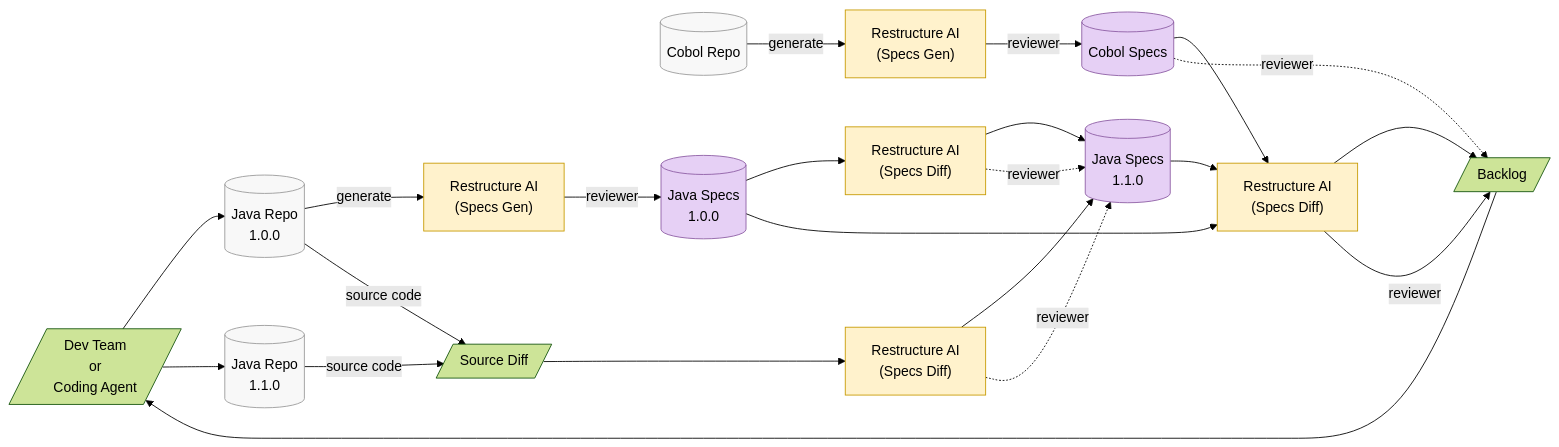
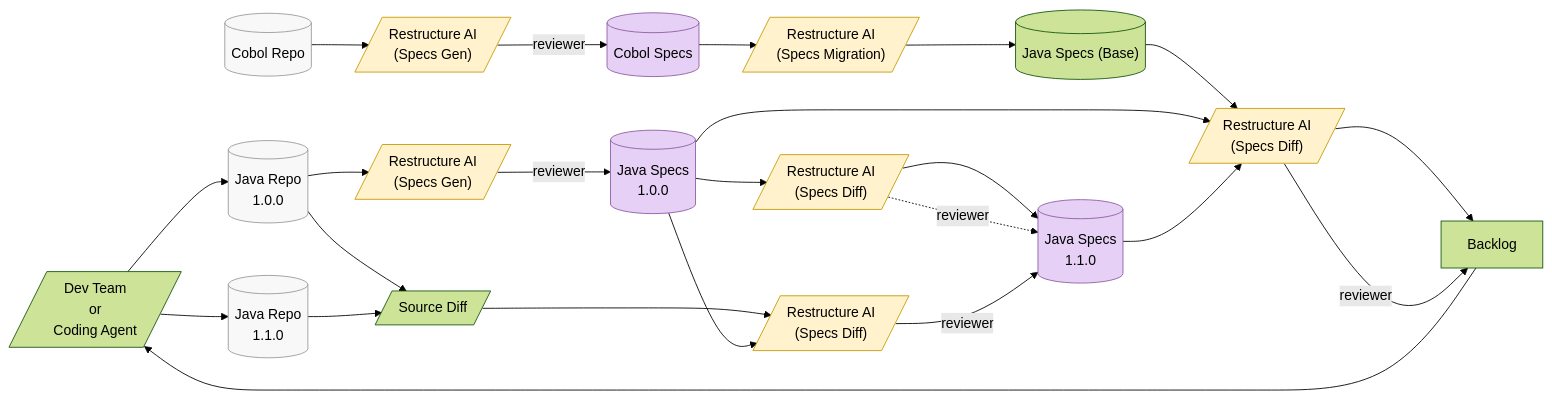
The second of 2 diagrams in C2B/Phase 5/proposal.md (anhttmle/CAIO), drawn with Mermaid (forest theme) before and after one commit. The commit also changed other lines of this file, not shown here.

````diff
--- a/C2B/Phase 5/proposal.md
+++ b/C2B/Phase 5/proposal.md
@@ -49,62 +49,64 @@
 ```mermaid
 
 flowchart LR
   Dev[/"Dev Team<br/>or<br/>Coding Agent"/]
 
   %% Cobol path (top)
   CobolRepo[(Cobol Repo)]
-  RespecGen1["Restructure AI<br/>(Specs Gen)"]
+  RespecGen1[/"Restructure AI<br/>(Specs Gen)"/]
   CobolSpecs[(Cobol Specs)]
-  RespecDiffTop["Restructure AI<br/>(Specs Diff)"]
-  Backlog[/"Backlog"/]
+  RespecDiffTop[/"Restructure AI<br/>(Specs Diff)"/]
+  Backlog["Backlog"]
 
-  CobolRepo -->|generate| RespecGen1
+  CobolRepo --> RespecGen1
   RespecGen1 -->|reviewer| CobolSpecs
-  CobolSpecs --> RespecDiffTop
+
+  CobolSpecs --> migrate[/"Restructure AI<br/>(Specs Migration)"/]
+  migrate --> javaspecs[("Java Specs (Base)")]
+  javaspecs --> RespecDiffTop
   RespecDiffTop --> Backlog
-  CobolSpecs -. reviewer .-> Backlog
 
   %% Java path (middle)
   JavaRepo_old[("Java Repo<br/>1.0.0")]
-  RespecGen2["Restructure AI<br/>(Specs Gen)"]
+  RespecGen2[/"Restructure AI<br/>(Specs Gen)"/]
   JavaSpecs_old[("Java Specs<br/>1.0.0")]
-  RespecDiffMid["Restructure AI<br/>(Specs Diff)"]
+  RespecDiffMid[/"Restructure AI<br/>(Specs Diff)"/]
   JavaSpecs_new[("Java Specs<br/>1.1.0")]
 
   Dev --> JavaRepo_old
-  JavaRepo_old -->|generate| RespecGen2
+  JavaRepo_old --> RespecGen2
   RespecGen2 -->|reviewer| JavaSpecs_old
   JavaSpecs_old --> RespecDiffMid
   RespecDiffMid --> JavaSpecs_new
   RespecDiffMid -. reviewer .-> JavaSpecs_new
 
   %% Source diff path (bottom)
   JavaRepo_new[("Java Repo<br/>1.1.0")]
   SourceDiff[/"Source Diff"/]
-  SrcRespecDiff["Restructure AI<br/>(Specs Diff)"]
+  SrcRespecDiff[/"Restructure AI<br/>(Specs Diff)"/]
 
   Dev --> JavaRepo_new
-  JavaRepo_old -->|source code| SourceDiff
-  JavaRepo_new -->|source code| SourceDiff
+  JavaRepo_old --> SourceDiff
+  JavaRepo_new --> SourceDiff
   SourceDiff --> SrcRespecDiff
-  SrcRespecDiff --> JavaSpecs_new
-  SrcRespecDiff -. reviewer .-> JavaSpecs_new
+  JavaSpecs_old --> SrcRespecDiff
+  SrcRespecDiff --reviewer--> JavaSpecs_new
 
   %% Connections to backlog and reviewers
   JavaSpecs_old --> RespecDiffTop
   RespecDiffTop -->|reviewer| Backlog
   JavaSpecs_new --> RespecDiffTop
 
   Backlog --> Dev
 
   %% visual classes
   classDef repo fill:#f8f8f8,stroke:#999,stroke-width:1px;
   classDef ai fill:#fff2cc,stroke:#c79a00,stroke-width:1px;
   classDef specs fill:#e6d0f5,stroke:#8c5ca3,stroke-width:1px;
   classDef actor fill:#ffffff,stroke:#222,stroke-width:1px;
 
   class CobolRepo,JavaRepo_old,JavaRepo_new repo;
-  class RespecGen1,RespecGen2,RespecDiffTop,RespecDiffMid,SrcRespecDiff ai;
+  class migrate,RespecGen1,RespecGen2,RespecDiffTop,RespecDiffMid,SrcRespecDiff ai;
   class CobolSpecs,JavaSpecs_old,JavaSpecs_new specs;
 
 ```
````
